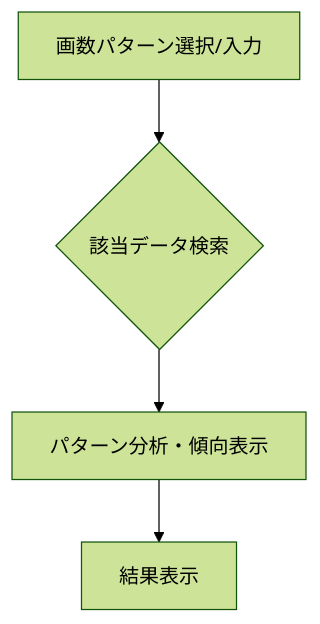
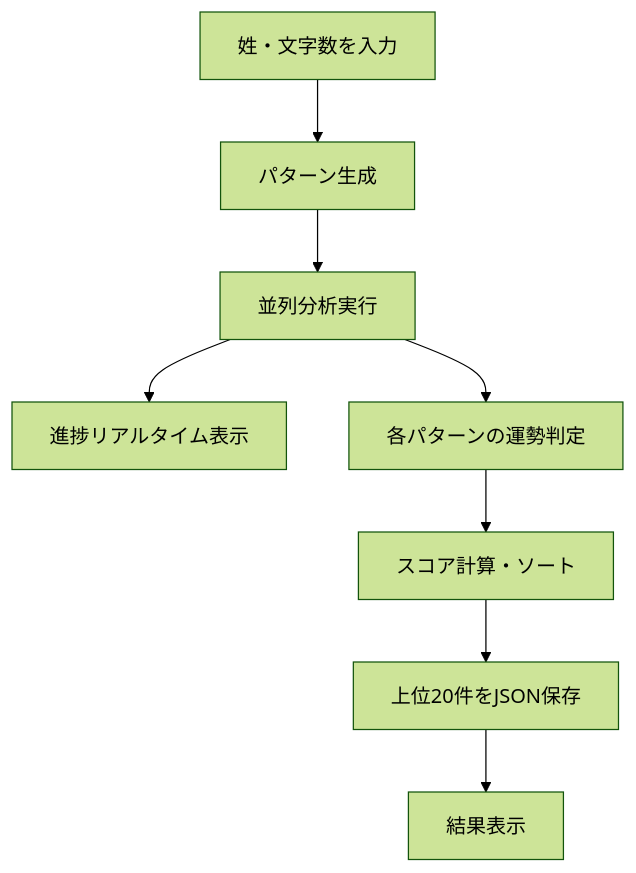
One commit to santa928/nameFortuneJp changed the second of 3 diagrams in docs/機能一覧.md. Above: the diagram before and after it, drawn with Mermaid (forest theme). The commit also changed other lines of this file and 3 other files, not shown here.

````diff
--- a/docs/機能一覧.md
+++ b/docs/機能一覧.md
@@ -29,6 +45,10 @@
 ```mermaid
 graph TD
-    A[画数パターン選択/入力] --> B{該当データ検索};
-    B --> C[パターン分析・傾向表示];
-    C --> D[結果表示];
+    A[姓・文字数を入力] --> B[パターン生成]
+    B --> C[並列分析実行]
+    C --> D[進捗リアルタイム表示]
+    C --> E[各パターンの運勢判定]
+    E --> F[スコア計算・ソート]
+    F --> G[上位20件をJSON保存]
+    G --> H[結果表示]
 ```
````
